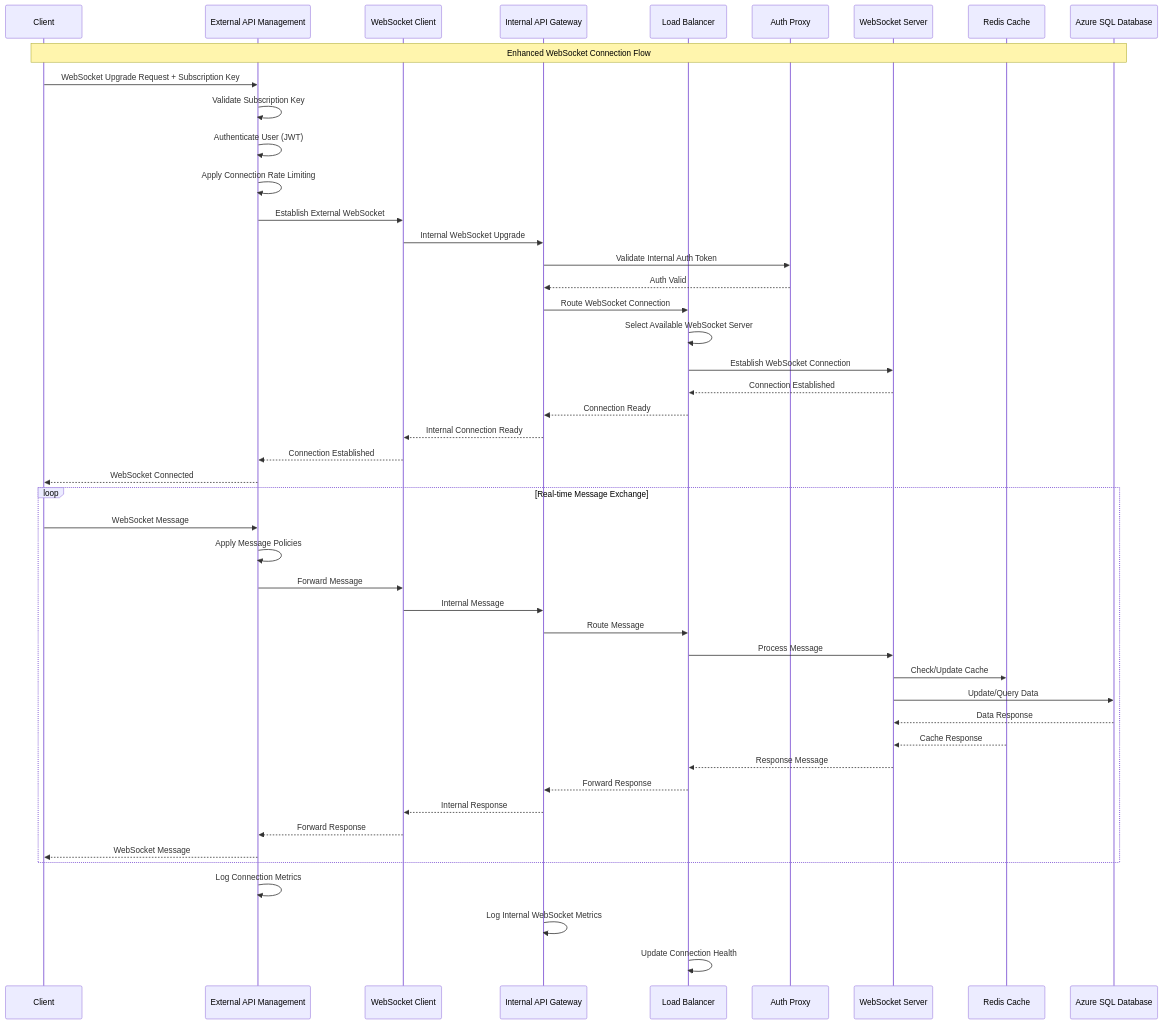
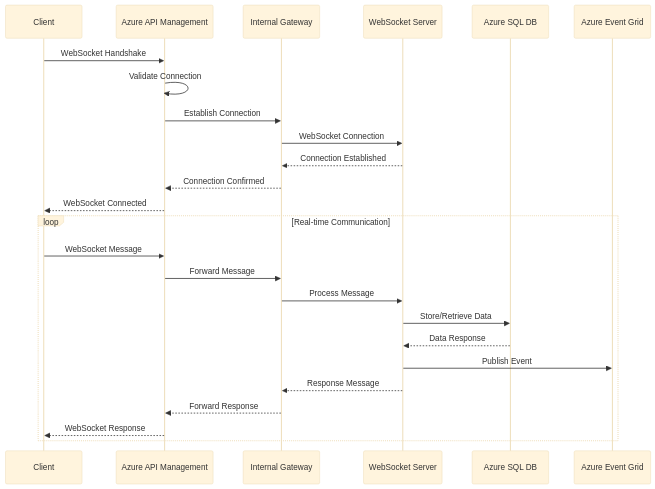
The third of 6 diagrams in docs/architecture/azure-api-management-architecture.md (calvinlee999/react_next_java_journey), drawn with Mermaid before and after one commit. The commit also changed other lines of this file and 2 other files, not shown here.

First line of the commit message:
📊 Split architecture: Clean API Management + Comprehensive Data & AI Platform

````diff
--- a/docs/architecture/azure-api-management-architecture.md
+++ b/docs/architecture/azure-api-management-architecture.md
@@ -332,56 +194,30 @@
 ```mermaid
+%%{init: {'theme':'base', 'themeVariables': {'fontSize': '12px', 'fontFamily': 'Arial, sans-serif'}}}%%
 sequenceDiagram
     participant Client
-    participant APIM as External API Management
-    participant WSClient as WebSocket Client
-    participant InternalGW as Internal API Gateway
-    participant LoadBalancer as Load Balancer
-    participant Auth as Auth Proxy
+    participant APIM as Azure API Management
+    participant InternalGW as Internal Gateway
     participant WSServer as WebSocket Server
-    participant Cache as Redis Cache
-    participant DB as Azure SQL Database
+    participant DB as Azure SQL DB
+    participant EventGrid as Azure Event Grid
 
-    Note over Client, DB: Enhanced WebSocket Connection Flow
-    
-    Client->>APIM: WebSocket Upgrade Request + Subscription Key
-    APIM->>APIM: Validate Subscription Key
-    APIM->>APIM: Authenticate User (JWT)
-    APIM->>APIM: Apply Connection Rate Limiting
-    APIM->>WSClient: Establish External WebSocket
-    WSClient->>InternalGW: Internal WebSocket Upgrade
-    
-    InternalGW->>Auth: Validate Internal Auth Token
-    Auth-->>InternalGW: Auth Valid
-    InternalGW->>LoadBalancer: Route WebSocket Connection
-    LoadBalancer->>LoadBalancer: Select Available WebSocket Server
-    LoadBalancer->>WSServer: Establish WebSocket Connection
-    WSServer-->>LoadBalancer: Connection Established
-    LoadBalancer-->>InternalGW: Connection Ready
-    InternalGW-->>WSClient: Internal Connection Ready
-    WSClient-->>APIM: Connection Established
+    Client->>APIM: WebSocket Handshake
+    APIM->>APIM: Validate Connection
+    APIM->>InternalGW: Establish Connection
+    InternalGW->>WSServer: WebSocket Connection
+    WSServer-->>InternalGW: Connection Established
+    InternalGW-->>APIM: Connection Confirmed
     APIM-->>Client: WebSocket Connected
 
-    loop Real-time Message Exchange
+    loop Real-time Communication
         Client->>APIM: WebSocket Message
-        APIM->>APIM: Apply Message Policies
-        APIM->>WSClient: Forward Message
-        WSClient->>InternalGW: Internal Message
-        InternalGW->>LoadBalancer: Route Message
-        LoadBalancer->>WSServer: Process Message
-        
-        WSServer->>Cache: Check/Update Cache
-        WSServer->>DB: Update/Query Data
+        APIM->>InternalGW: Forward Message
+        InternalGW->>WSServer: Process Message
+        WSServer->>DB: Store/Retrieve Data
         DB-->>WSServer: Data Response
-        Cache-->>WSServer: Cache Response
-        
-        WSServer-->>LoadBalancer: Response Message
-        LoadBalancer-->>InternalGW: Forward Response
-        InternalGW-->>WSClient: Internal Response
-        WSClient-->>APIM: Forward Response
-        APIM-->>Client: WebSocket Message
+        WSServer->>EventGrid: Publish Event
+        WSServer-->>InternalGW: Response Message
+        InternalGW-->>APIM: Forward Response
+        APIM-->>Client: WebSocket Response
     end
-
-    APIM->>APIM: Log Connection Metrics
-    InternalGW->>InternalGW: Log Internal WebSocket Metrics
-    LoadBalancer->>LoadBalancer: Update Connection Health
 ```
````
